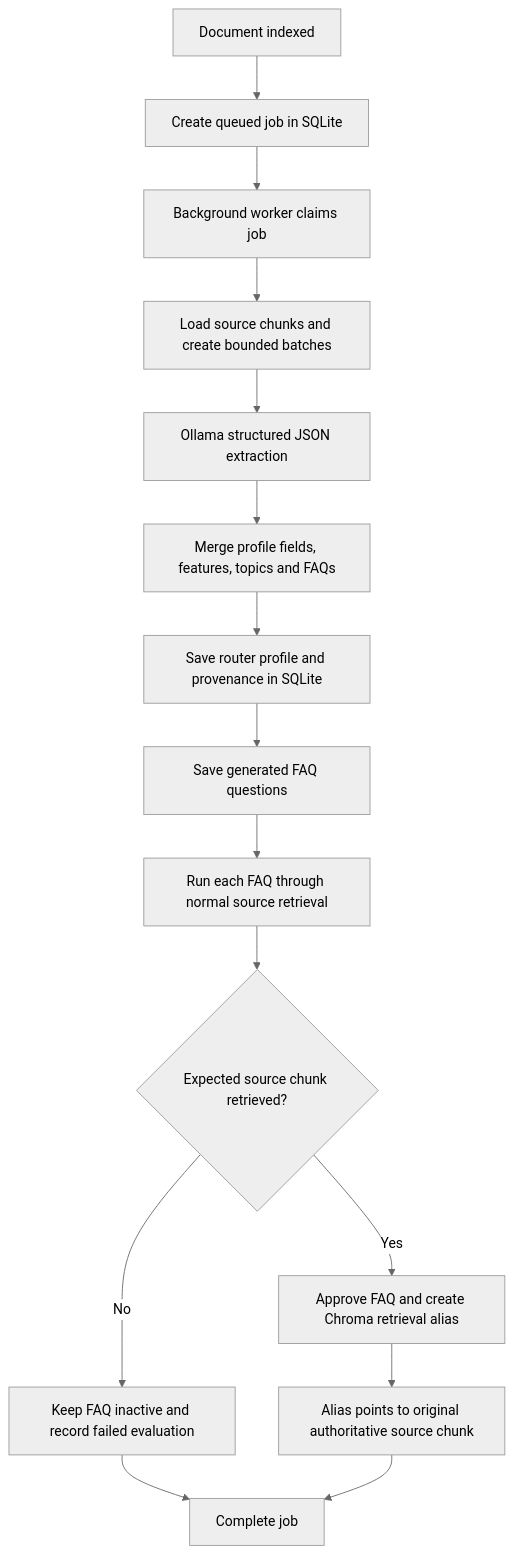
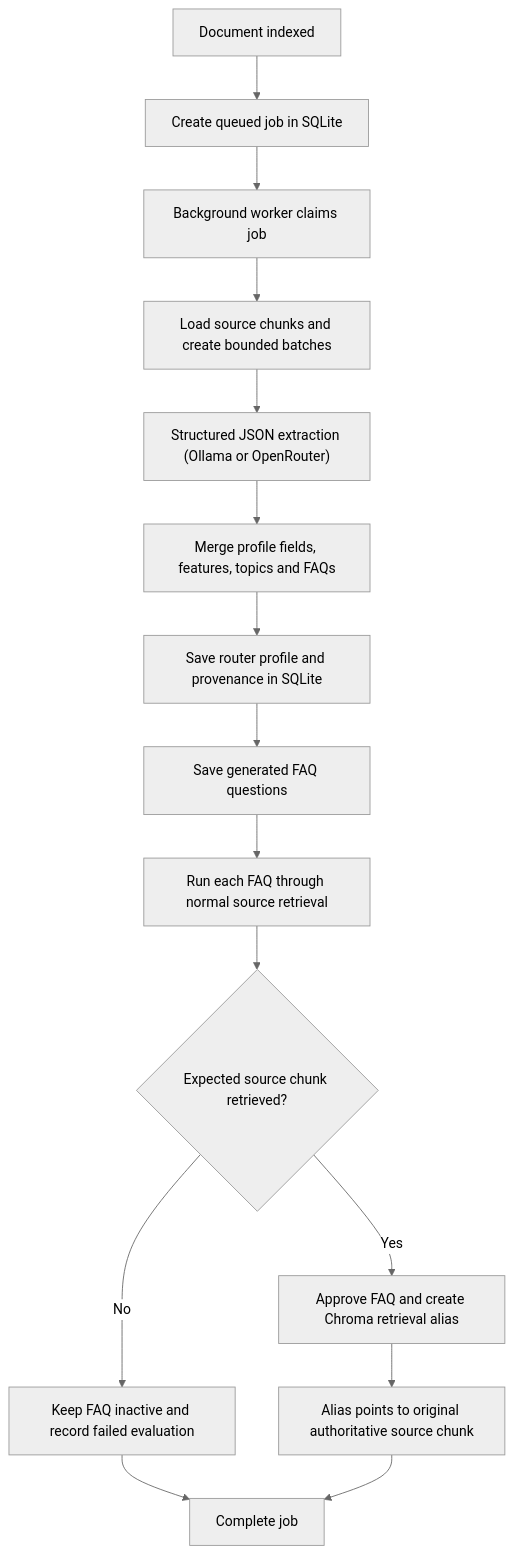
Before and after one commit to abhi-occom/troubleshooter-guide: the third of 4 diagrams in README.md, drawn with Mermaid (neutral theme). The commit also changed other lines of this file and 29 other files, not shown here.

````diff
--- a/README.md
+++ b/README.md
@@ -293,17 +297,17 @@
 ```mermaid
 flowchart TD
     Indexed["Document indexed"] --> Queue["Create queued job in SQLite"]
     Queue --> Worker["Background worker claims job"]
     Worker --> Batches["Load source chunks and create bounded batches"]
-    Batches --> Extract["Ollama structured JSON extraction"]
+    Batches --> Extract["Structured JSON extraction (Ollama or OpenRouter)"]
     Extract --> Merge["Merge profile fields, features, topics and FAQs"]
     Merge --> Profile["Save router profile and provenance in SQLite"]
     Profile --> FAQs["Save generated FAQ questions"]
     FAQs --> Evaluate["Run each FAQ through normal source retrieval"]
     Evaluate --> Pass{"Expected source chunk retrieved?"}
     Pass -- "No" --> FailedFAQ["Keep FAQ inactive and record failed evaluation"]
     Pass -- "Yes" --> Alias["Approve FAQ and create Chroma retrieval alias"]
     Alias --> Source["Alias points to original authoritative source chunk"]
     FailedFAQ --> Complete["Complete job"]
     Source --> Complete
 ```
````
